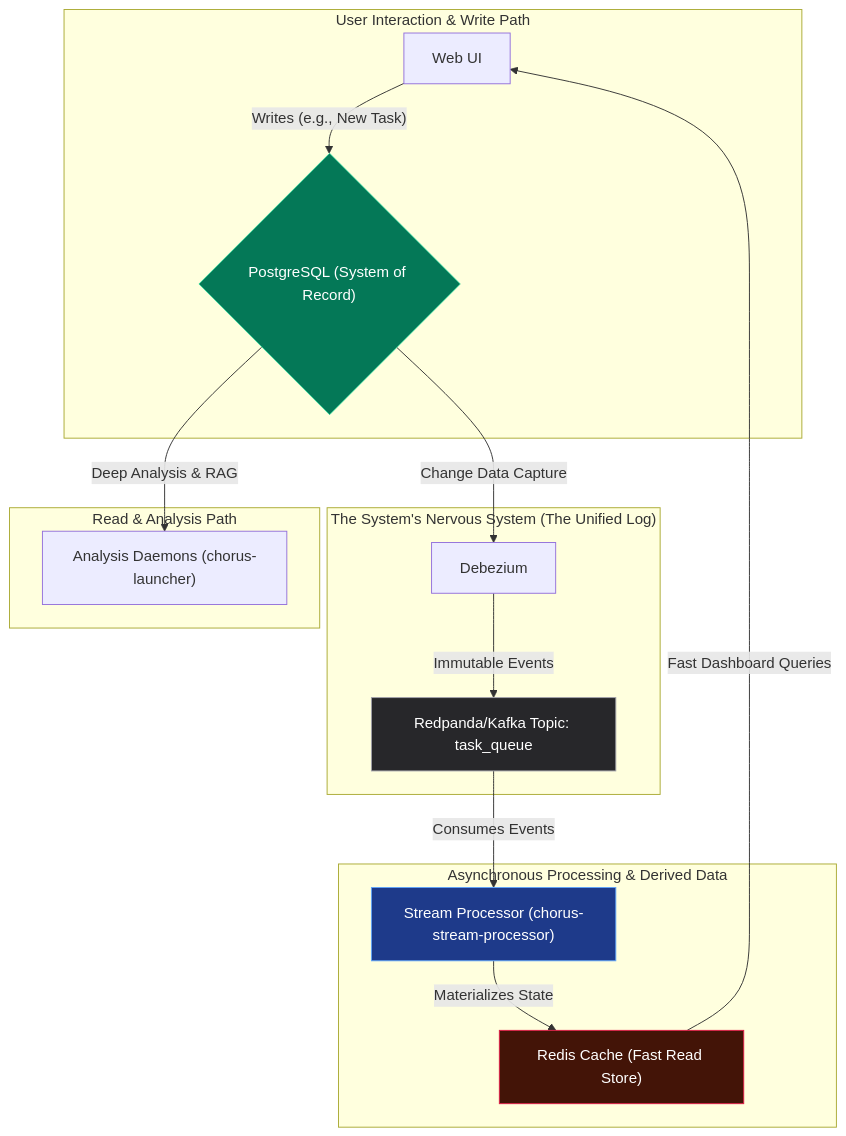
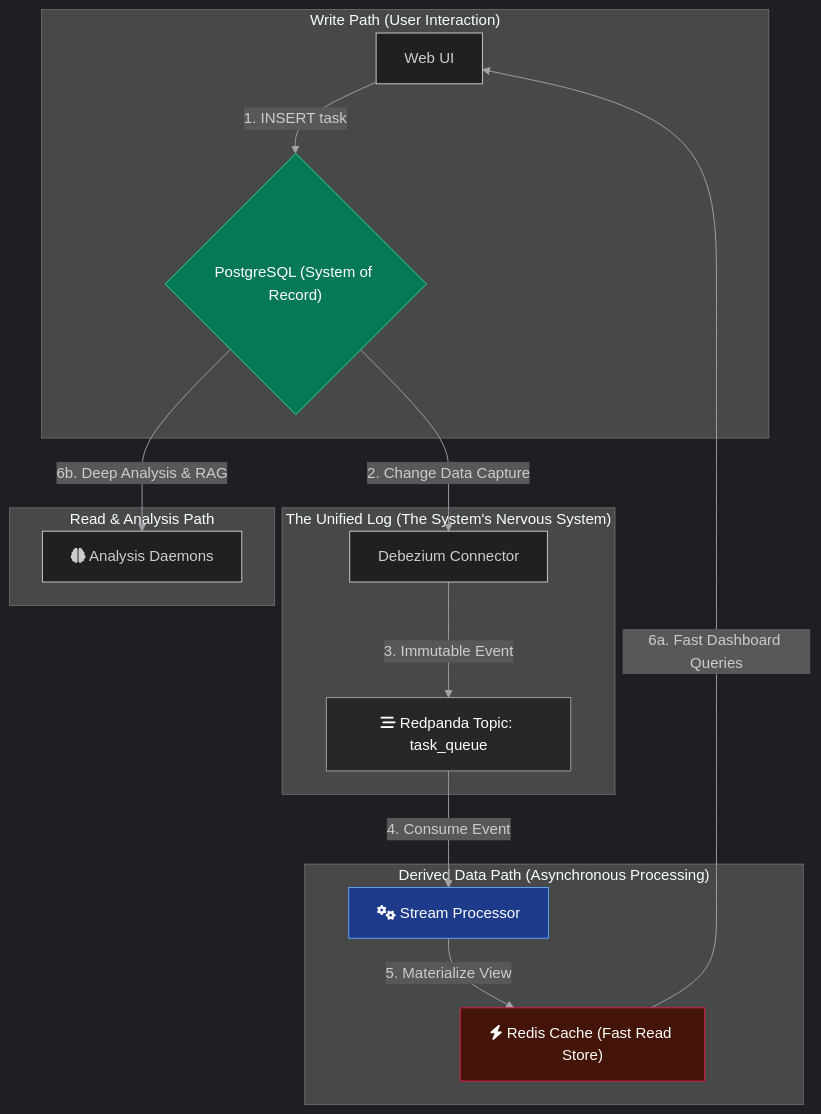
One commit to emergentcomplex/CHORUS changed the second of 4 diagrams in README.md. Above: the diagram before and after it, drawn with Mermaid. The commit also changed other lines of this file, not shown here.

First line of the commit message:
docs(readme): Overhaul with multi-layer diagrams to clarify architecture

````diff
--- a/README.md
+++ b/README.md
@@ -25,26 +82,27 @@
 ```mermaid
+%%{init: {'theme': 'dark', 'themeVariables': { 'primaryColor': '#3b82f6', 'primaryTextColor': '#ffffff', 'lineColor': '#a1a1aa'}}}%%
 graph TD
-    subgraph "User Interaction & Write Path"
-        A["Web UI"] -- "Writes (e.g., New Task)" --> D{"PostgreSQL (System of Record)"};
+    subgraph "Write Path (User Interaction)"
+        A["Web UI"] -- "1. INSERT task" --> D{"PostgreSQL (System of Record)"};
     end
 
-    subgraph "The System's Nervous System (The Unified Log)"
+    subgraph "The Unified Log (The System's Nervous System)"
         style L fill:#27272a,stroke:#a1a1aa,color:#fff
-        D -- "Change Data Capture" --> E["Debezium"];
-        E -- "Immutable Events" --> L["Redpanda/Kafka Topic: task_queue"];
+        D -- "2. Change Data Capture" --> E["Debezium Connector"];
+        E -- "3. Immutable Event" --> L["<i class='fa fa-stream'></i> Redpanda Topic: task_queue"];
     end
 
-    subgraph "Asynchronous Processing & Derived Data"
+    subgraph "Derived Data Path (Asynchronous Processing)"
         style P fill:#1e3a8a,stroke:#60a5fa,color:#fff
         style S fill:#431407,stroke:#e11d48,color:#fff
-        L -- "Consumes Events" --> P["Stream Processor (chorus-stream-processor)"];
-        P -- "Materializes State" --> S["Redis Cache (Fast Read Store)"];
+        L -- "4. Consume Event" --> P["<i class='fa fa-cogs'></i> Stream Processor"];
+        P -- "5. Materialize View" --> S["<i class='fa fa-bolt'></i> Redis Cache (Fast Read Store)"];
     end
 
     subgraph "Read & Analysis Path"
-        S -- "Fast Dashboard Queries" --> A;
-        D -- "Deep Analysis & RAG" --> G["Analysis Daemons (chorus-launcher)"];
+        S -- "6a. Fast Dashboard Queries" --> A;
+        D -- "6b. Deep Analysis & RAG" --> G["<i class='fa fa-brain'></i> Analysis Daemons"];
     end
 
     style D fill:#047857,stroke:#34d399,color:#fff
 ```
````
